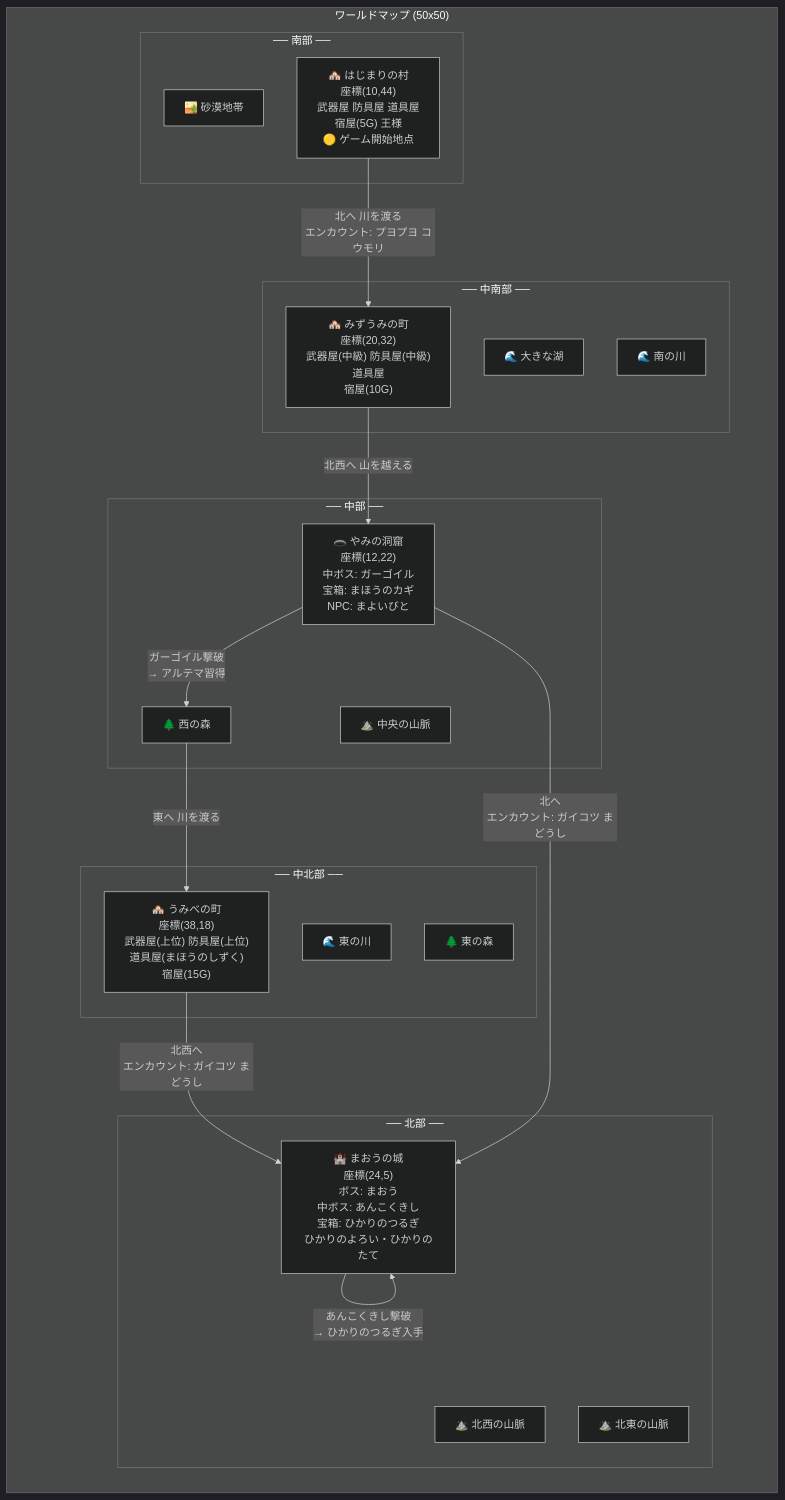
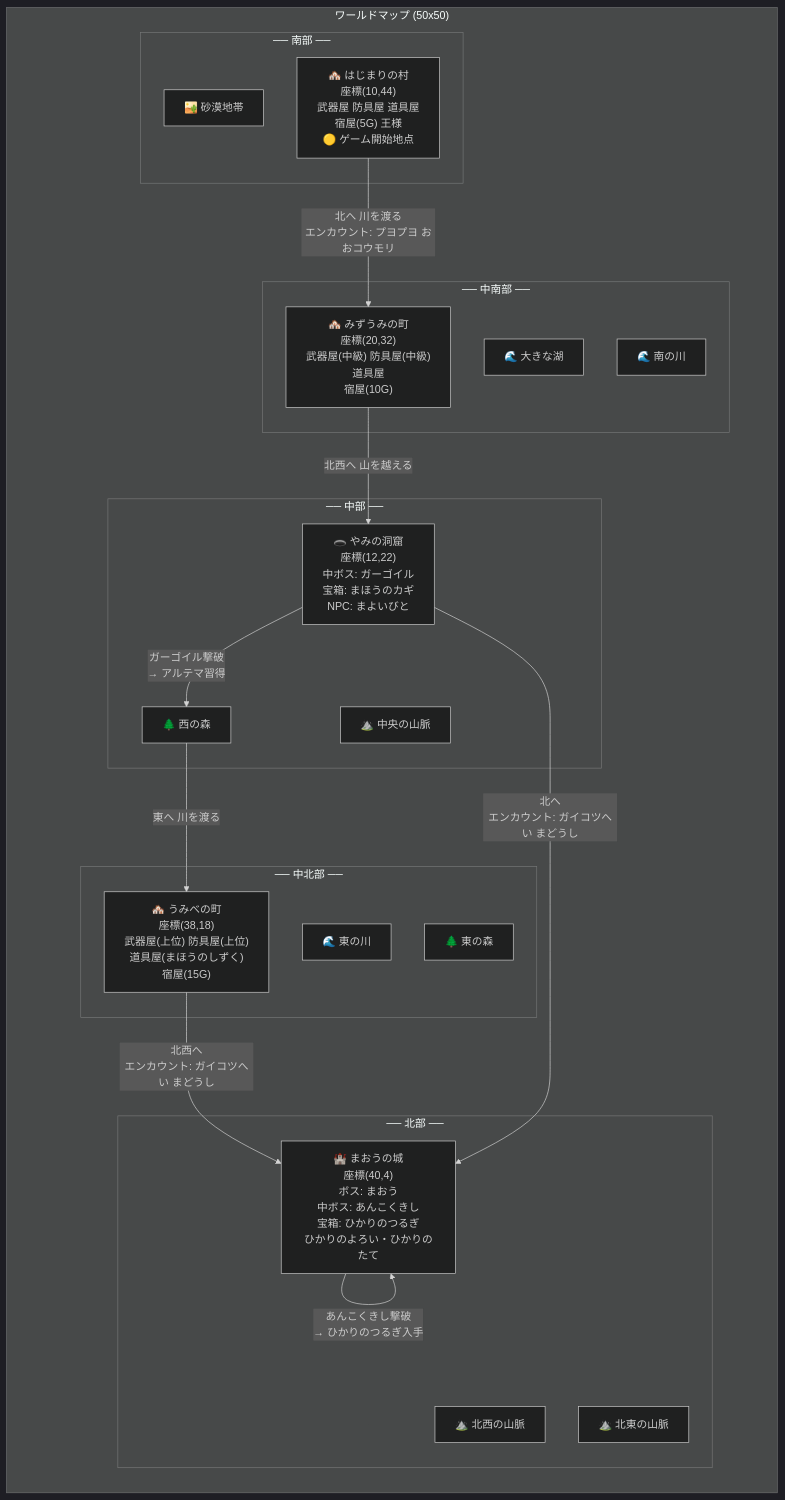
Before and after one commit to ashoji/tale-of-yusha: the first of 3 diagrams in README.md, drawn with Mermaid (dark theme). The commit also changed other lines of this file and 1 other file, not shown here.

````diff
--- a/README.md
+++ b/README.md
@@ -130,43 +130,43 @@
 ```mermaid
 graph TB
     subgraph world["ワールドマップ (50x50)"]
         direction TB
         
         subgraph north["── 北部 ──"]
-            DC["🏰 まおうの城<br/>座標(24,5)<br/>ボス: まおう<br/>中ボス: あんこくきし<br/>宝箱: ひかりのつるぎ<br/>ひかりのよろい・ひかりのたて"]
+            DC["🏰 まおうの城<br/>座標(40,4)<br/>ボス: まおう<br/>中ボス: あんこくきし<br/>宝箱: ひかりのつるぎ<br/>ひかりのよろい・ひかりのたて"]
             MT1["⛰️ 北西の山脈"]
             MT2["⛰️ 北東の山脈"]
         end
         
         subgraph midnorth["── 中北部 ──"]
             PT["🏘️ うみべの町<br/>座標(38,18)<br/>武器屋(上位) 防具屋(上位)<br/>道具屋(まほうのしずく)<br/>宿屋(15G)"]
             RV2["🌊 東の川"]
             FR2["🌲 東の森"]
         end
         
         subgraph mid["── 中部 ──"]
             CV["🕳️ やみの洞窟<br/>座標(12,22)<br/>中ボス: ガーゴイル<br/>宝箱: まほうのカギ<br/>NPC: まよいびと"]
             MT3["⛰️ 中央の山脈"]
             FR1["🌲 西の森"]
         end
         
         subgraph midsouth["── 中南部 ──"]
             LK["🏘️ みずうみの町<br/>座標(20,32)<br/>武器屋(中級) 防具屋(中級)<br/>道具屋<br/>宿屋(10G)"]
             LAKE["🌊 大きな湖"]
             RV1["🌊 南の川"]
         end
         
         subgraph south["── 南部 ──"]
             DS["🏜️ 砂漠地帯"]
             ST["🏘️ はじまりの村<br/>座標(10,44)<br/>武器屋 防具屋 道具屋<br/>宿屋(5G) 王様<br/>🟡 ゲーム開始地点"]
         end
     end
 
-    ST -->|"北へ 川を渡る<br/>エンカウント: プヨプヨ コウモリ"| LK
+    ST -->|"北へ 川を渡る<br/>エンカウント: プヨプヨ おおコウモリ"| LK
     LK -->|"北西へ 山を越える"| CV
     CV -->|"ガーゴイル撃破<br/>→ アルテマ習得"| FR1
     FR1 -->|"東へ 川を渡る"| PT
-    PT -->|"北西へ<br/>エンカウント: ガイコツ まどうし"| DC
-    CV -->|"北へ<br/>エンカウント: ガイコツ まどうし"| DC
+    PT -->|"北西へ<br/>エンカウント: ガイコツへい まどうし"| DC
+    CV -->|"北へ<br/>エンカウント: ガイコツへい まどうし"| DC
     DC -->|"あんこくきし撃破<br/>→ ひかりのつるぎ入手"| DC
 ```
````
